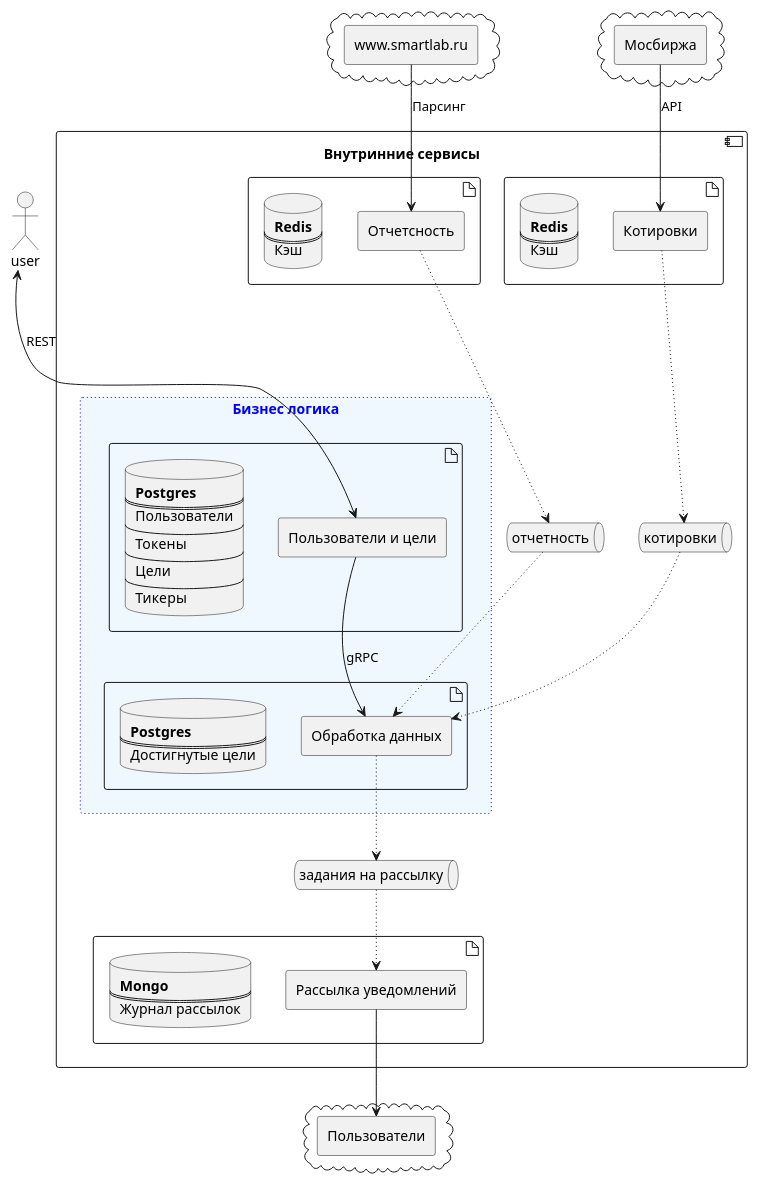
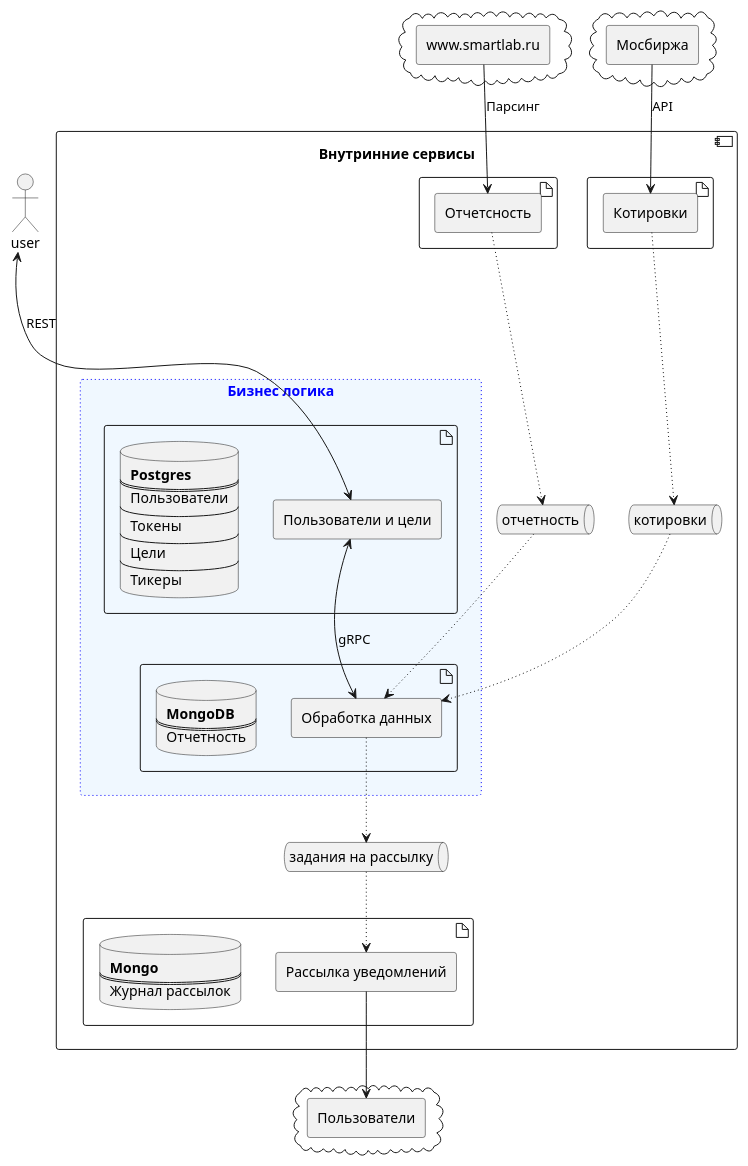
Before and after one commit to akolobaha/fin_quotes: the diagram in README.md, drawn with PlantUML. The commit also changed 8 other files, not shown here.

```diff
--- a/README.md
+++ b/README.md
@@ -34,20 +34,16 @@
 
     artifact {
         agent "Котировки" as tracker
-        database database_quotes [
-            <b>Redis
-            ====
-            Кэш
-        ]
+   
     }
     
     rectangle rect_processing as "Бизнес логика" #aliceblue;line:blue;line.dotted;text:blue {
         artifact  {
             agent "Обработка данных" as processing 
             database database_processing [
-                <b>Postgres
+                <b>MongoDB
                 ====
-                Достигнутые цели
+                Отчетность
             ]
         }
         
@@ -81,11 +77,6 @@
     
     artifact { 
         agent "Отчетсность" as parser
-        database database_parser [
-            <b>Redis
-            ====
-            Кэш
-        ]
     }
     
     queue "отчетность" as rabbit_fundamentals
@@ -119,7 +110,7 @@
 processing -[dotted]-> rabbit_notifications
 rabbit_notifications-[dotted]->notification
 
-users_service --> processing : gRPC
+users_service <--> processing : gRPC
 
 market-->tracker : "API"
 
```
